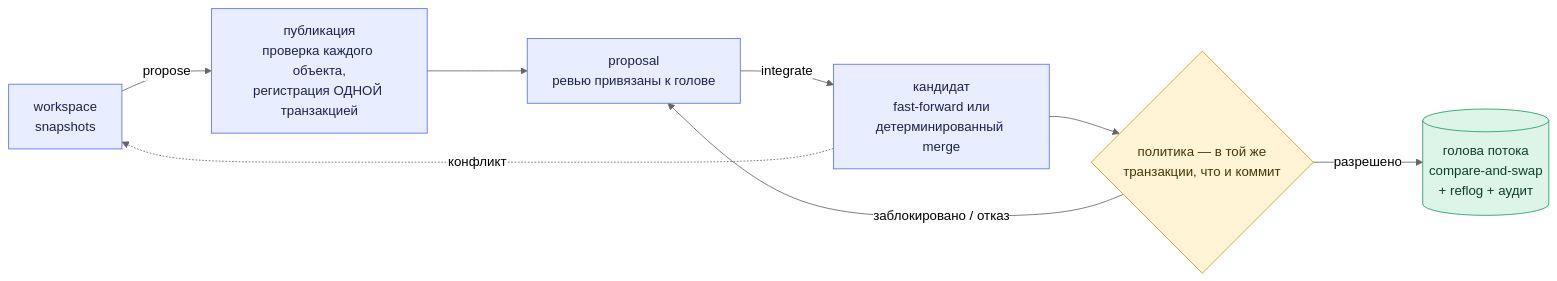
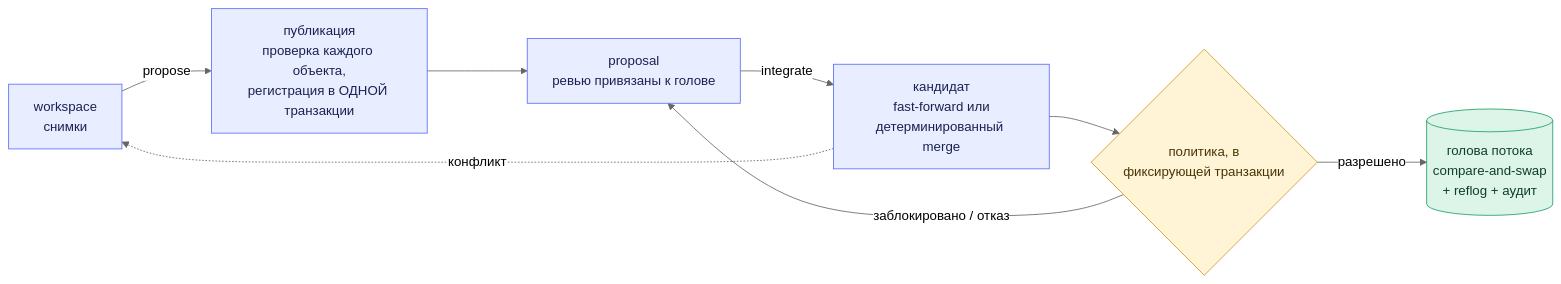
The diagram in README.ru.md (Paffin/AgentGit), drawn with Mermaid (neutral theme) before and after one commit. The commit also changed other lines of this file and 3 other files, not shown here.

````diff
--- a/README.ru.md
+++ b/README.ru.md
@@ -280,17 +182,17 @@
 ```mermaid
 flowchart LR
-    W["workspace<br/>snapshots"] -->|propose| P["публикация<br/>проверка каждого объекта,<br/>регистрация ОДНОЙ транзакцией"]
+    W["workspace<br/>снимки"] -->|propose| P["публикация<br/>проверка каждого объекта,<br/>регистрация в ОДНОЙ транзакции"]
     P --> Q["proposal<br/>ревью привязаны к голове"]
     Q -->|integrate| C["кандидат<br/>fast-forward или<br/>детерминированный merge"]
-    C --> G{"политика — в той же<br/>транзакции, что и коммит"}
+    C --> G{"политика, в<br/>фиксирующей транзакции"}
     G -->|разрешено| S[("голова потока<br/>compare-and-swap<br/>+ reflog + аудит")]
     G -->|заблокировано / отказ| Q
     C -.->|конфликт| W
 
     classDef step fill:#e8eeff,stroke:#5b6cff,color:#1b2150
     classDef gate fill:#fff4d6,stroke:#c99a1e,color:#4a3508
     classDef done fill:#dcf5e8,stroke:#1f9d67,color:#0f3d2e
     class W,P,Q,C step
     class G gate
     class S done
 ```
````
